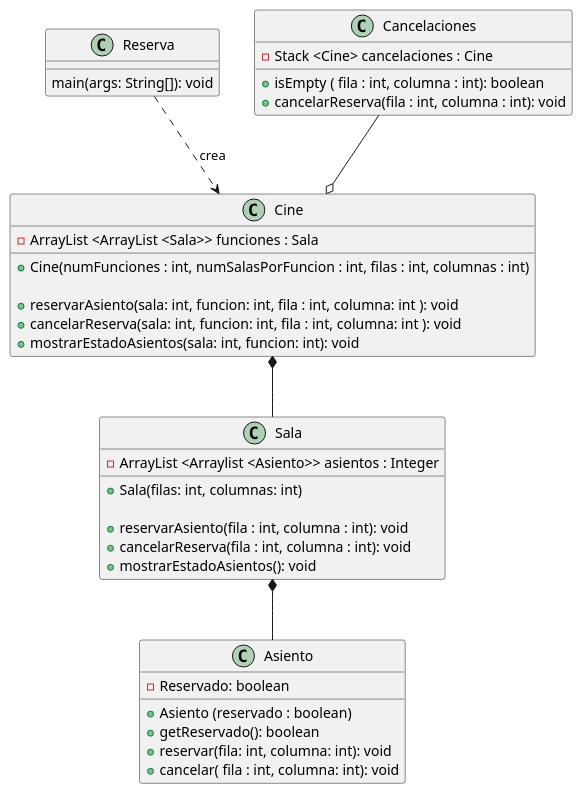
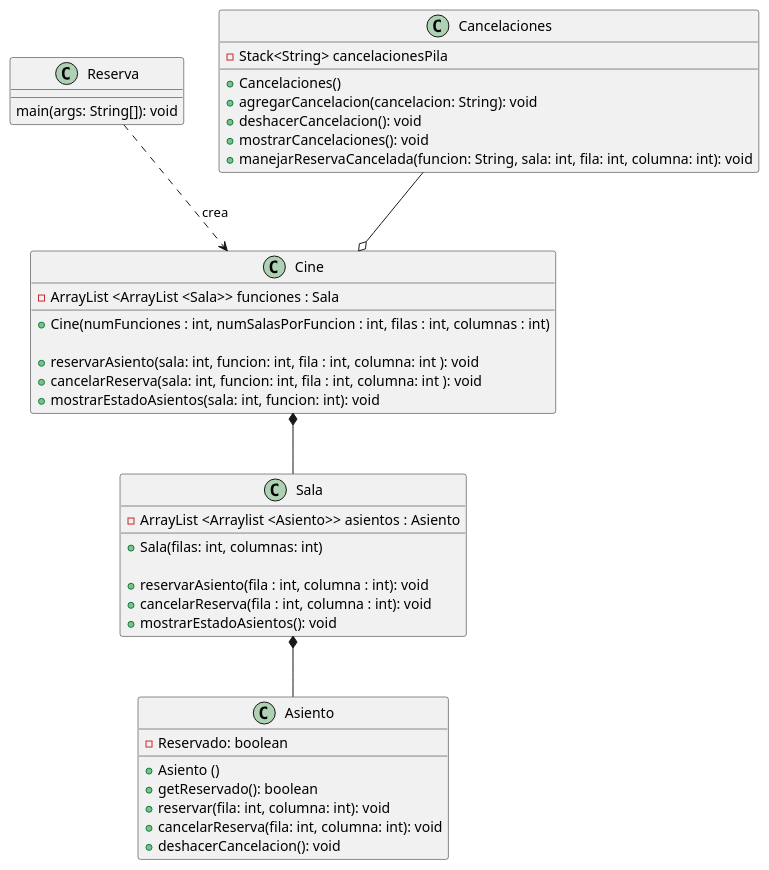
The diagram in CINE/src/cine.puml (JoacoElexer/cineGit), drawn with PlantUML before and after one commit. The commit also changed other lines of this file and 8 other files, not shown here.

```diff
--- a/CINE/src/cine.puml
+++ b/CINE/src/cine.puml
@@ -1,61 +1,62 @@
 @startuml Cine
 
 class Asiento {
     - Reservado: boolean
 
-'constructor'
-    + Asiento (reservado : boolean)
-'metodos'
+    'constructor'
+    + Asiento ()
+    'metodos'
     + getReservado(): boolean
     + reservar(fila: int, columna: int): void
-    + cancelar( fila : int, columna: int): void
-
+    + cancelarReserva(fila: int, columna: int): void
+    +deshacerCancelacion(): void
     
 }
 
 class Sala {
-    - ArrayList <Arraylist <Asiento>> asientos : Integer
+    - ArrayList <Arraylist <Asiento>> asientos : Asiento
 
     'constructor'
     + Sala(filas: int, columnas: int) 
 
     'metodos'
     + reservarAsiento(fila : int, columna : int): void
     + cancelarReserva(fila : int, columna : int): void
     + mostrarEstadoAsientos(): void
 }
 
 class Cine {
     - ArrayList <ArrayList <Sala>> funciones : Sala
 
-''constructor''
+    'constructor'
     + Cine(numFunciones : int, numSalasPorFuncion : int, filas : int, columnas : int)
 
     'metodos'
     + reservarAsiento(sala: int, funcion: int, fila : int, columna: int ): void
     + cancelarReserva(sala: int, funcion: int, fila : int, columna: int ): void
     + mostrarEstadoAsientos(sala: int, funcion: int): void
 }
 
 class Reserva {
     main(args: String[]): void
 }
 
-class Cancelaciones{
+class Cancelaciones {
+    - Stack<String> cancelacionesPila
 
--Stack <Cine> cancelaciones : Cine
-
-'metodos'
-+isEmpty ( fila : int, columna : int): boolean
-+cancelarReserva(fila : int, columna : int): void
-
+    'constructor'
+    + Cancelaciones()
+    'metodos'
+    + agregarCancelacion(cancelacion: String): void
+    + deshacerCancelacion(): void
+    + mostrarCancelaciones(): void
+    + manejarReservaCancelada(funcion: String, sala: int, fila: int, columna: int): void
+    
 }
-
 
 Cancelaciones --o Cine
  Sala *-- Asiento
  Reserva ..> Cine: crea
- Cine *-- Sala
- 
-    
+ Cine *-- Sala
+
 @enduml
```
